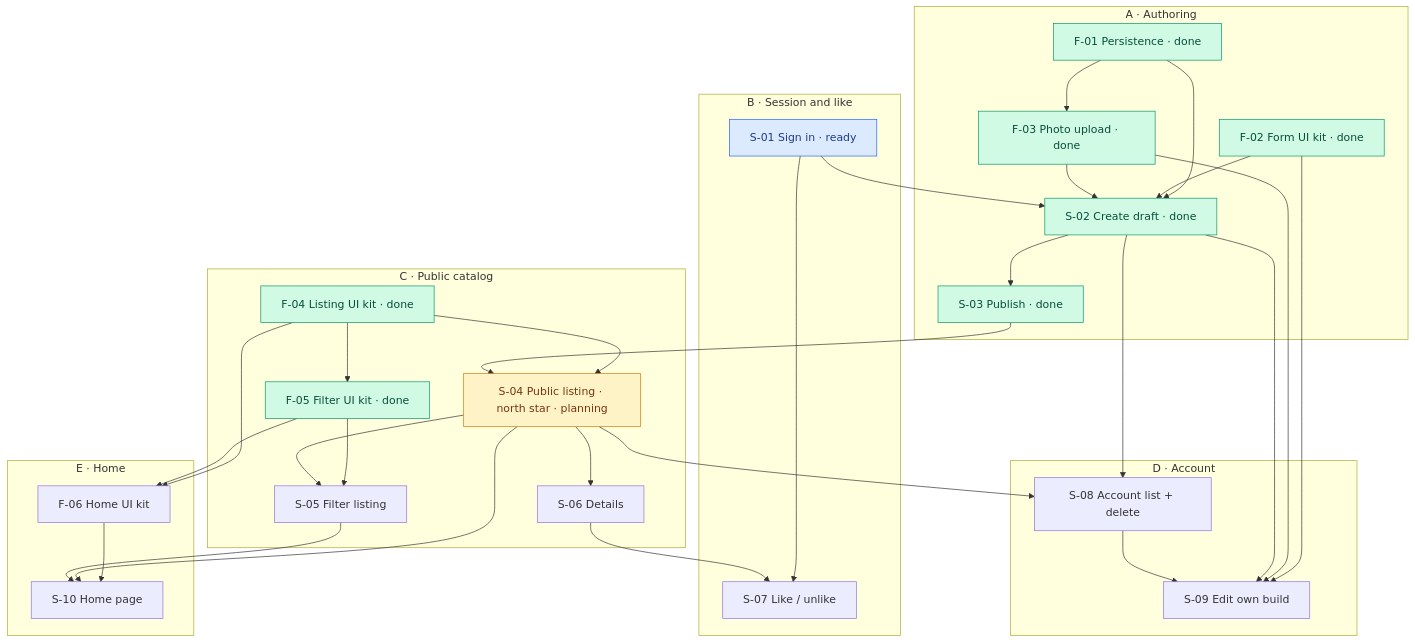
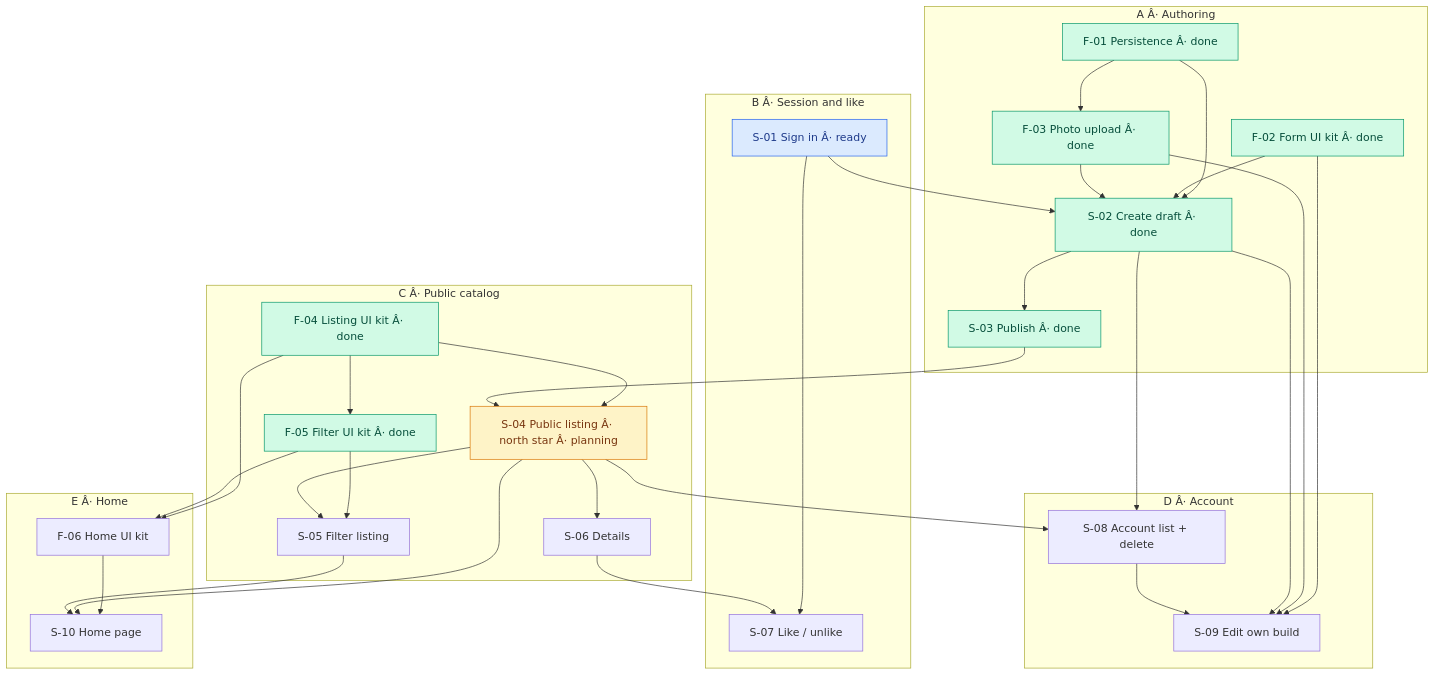
Before and after one commit to tofucode-dev/watch-bldrs: the diagram in context/foundation/roadmap.md, drawn with Mermaid. The commit also changed other lines of this file and 15 other files, not shown here.

First line of the commit message:
feat(filter-published-listing): Filter contract and published query (p1)

````diff
--- a/context/foundation/roadmap.md
+++ b/context/foundation/roadmap.md
@@ -73,66 +73,66 @@
 ```mermaid
 flowchart TB
-  subgraph A["A · Authoring"]
-    F01["F-01 Persistence · done"]
-    F02["F-02 Form UI kit · done"]
-    F03["F-03 Photo upload · done"]
-    S02["S-02 Create draft · done"]
-    S03["S-03 Publish · done"]
+  subgraph A["A Â· Authoring"]
+    F01["F-01 Persistence Â· done"]
+    F02["F-02 Form UI kit Â· done"]
+    F03["F-03 Photo upload Â· done"]
+    S02["S-02 Create draft Â· done"]
+    S03["S-03 Publish Â· done"]
   end
 
-  subgraph B["B · Session and like"]
-    S01["S-01 Sign in · ready"]
+  subgraph B["B Â· Session and like"]
+    S01["S-01 Sign in Â· ready"]
     S07["S-07 Like / unlike"]
   end
 
-  subgraph C["C · Public catalog"]
-    F04["F-04 Listing UI kit · done"]
-    S04["S-04 Public listing · north star · planning"]
-    F05["F-05 Filter UI kit · done"]
+  subgraph C["C Â· Public catalog"]
+    F04["F-04 Listing UI kit Â· done"]
+    S04["S-04 Public listing Â· north star Â· planning"]
+    F05["F-05 Filter UI kit Â· done"]
     S05["S-05 Filter listing"]
     S06["S-06 Details"]
   end
 
-  subgraph D["D · Account"]
+  subgraph D["D Â· Account"]
     S08["S-08 Account list + delete"]
     S09["S-09 Edit own build"]
   end
 
-  subgraph E["E · Home"]
+  subgraph E["E Â· Home"]
     F06["F-06 Home UI kit"]
     S10["S-10 Home page"]
   end
 
   F01 --> F03
   F01 --> S02
   F02 --> S02
   F03 --> S02
   S01 --> S02
   S02 --> S03
   F04 --> S04
   S03 --> S04
   F04 --> F05
   F05 --> S05
   S04 --> S05
   S04 --> S06
   S01 --> S07
   S06 --> S07
   S02 --> S08
   S04 --> S08
   F02 --> S09
   F03 --> S09
   S02 --> S09
   S08 --> S09
   F04 --> F06
   F05 --> F06
   F06 --> S10
   S04 --> S10
   S05 --> S10
 
   classDef done fill:#d1fae5,stroke:#059669,color:#064e3b
   classDef ready fill:#dbeafe,stroke:#2563eb,color:#1e3a8a
   classDef north fill:#fef3c7,stroke:#d97706,color:#78350f
   class F01,F02,F03,F04,F05,S02,S03 done
   class S01 ready
   class S04 north
 ```
````
